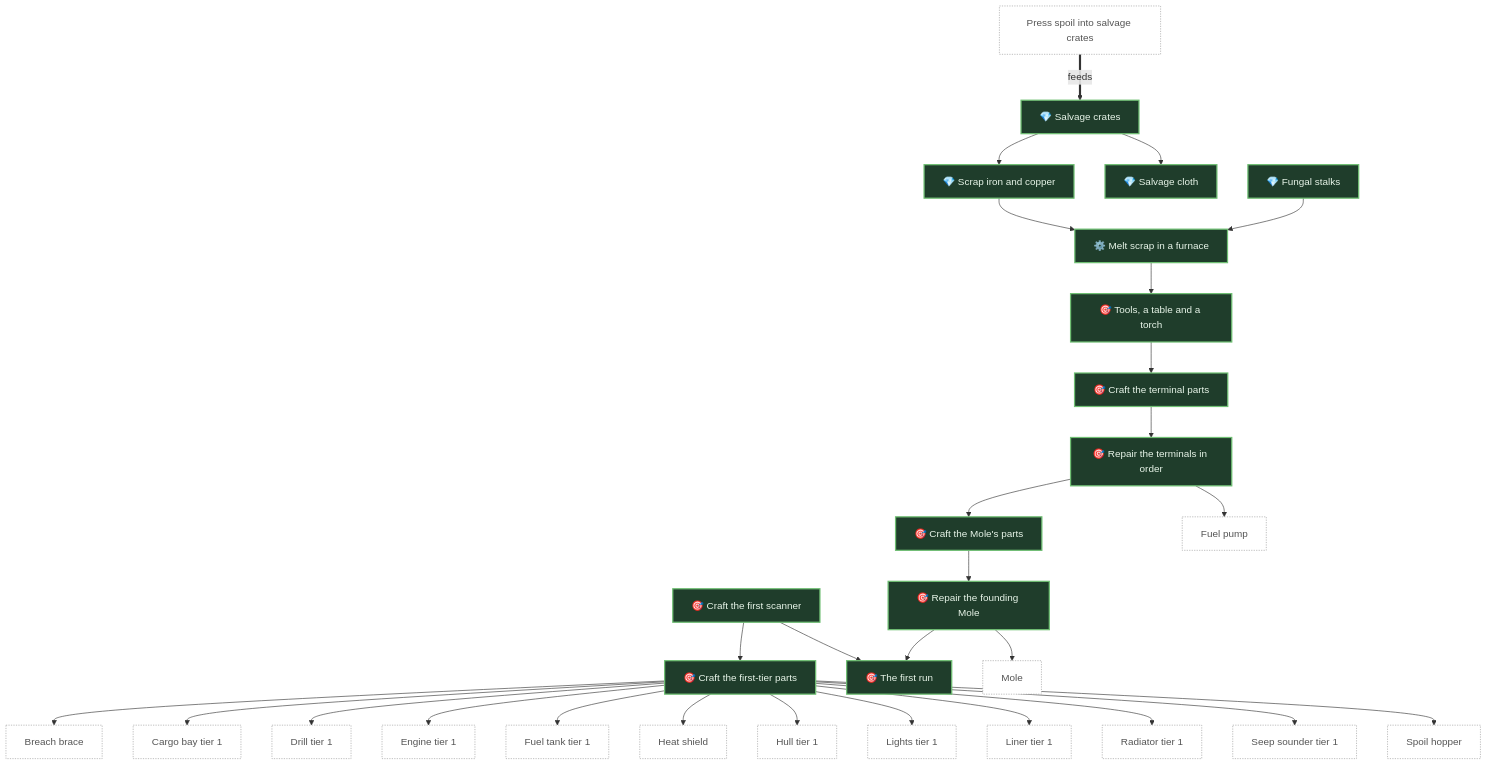
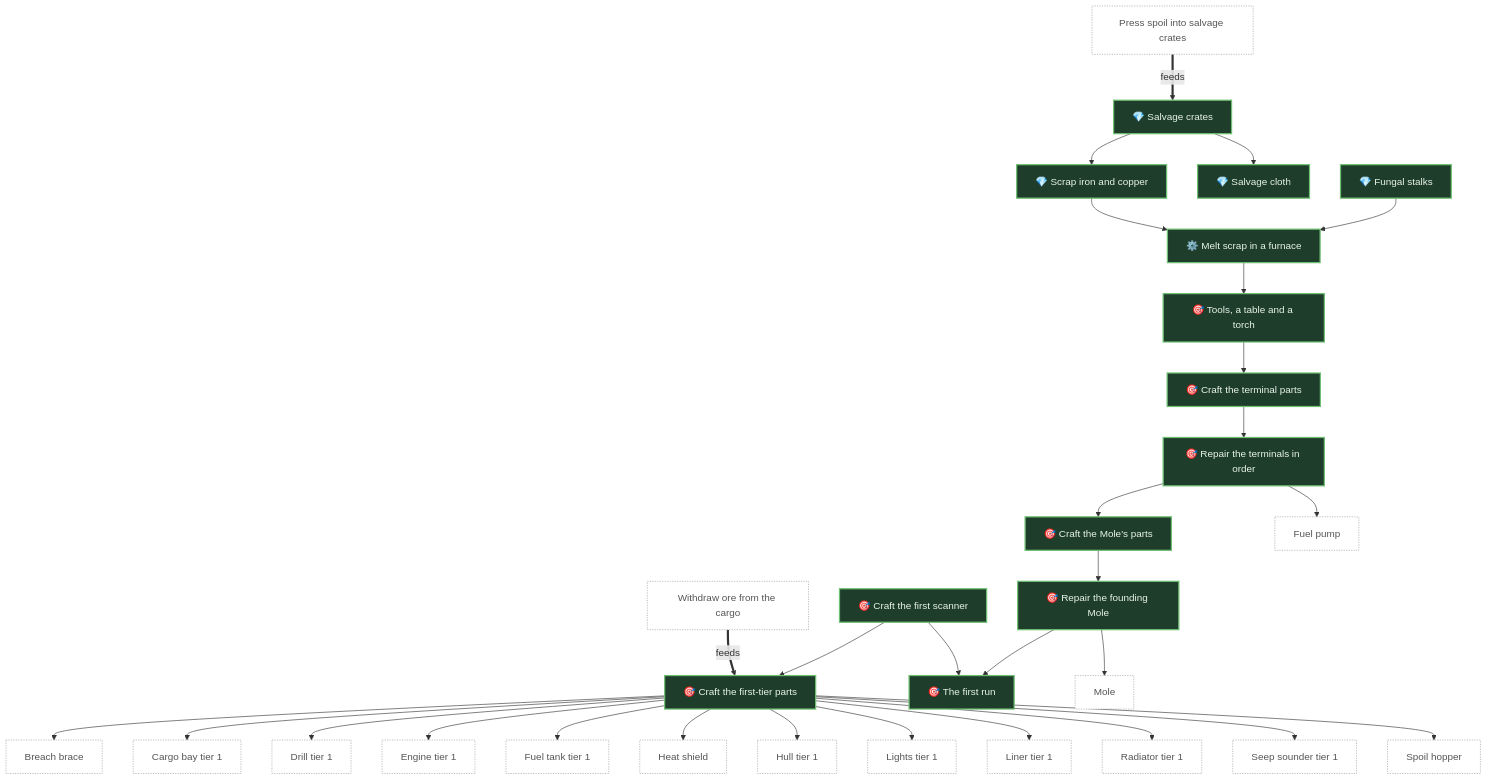
Before and after one commit to pkeppeler/deepcharter: diagram 22 of 30 in docs/FEATURE-MAP.md, drawn with Mermaid. The commit also changed other lines of this file and 21 other files, not shown here.

First line of the commit message:
Hazard units take ore withdrawn from the pod's cargo at the processor (#536)

````diff
--- a/docs/FEATURE-MAP.md
+++ b/docs/FEATURE-MAP.md
@@ -1163,65 +1163,67 @@
 ```mermaid
 flowchart TB
   n_fungal_stalks["💎 Fungal stalks"]
   n_salvage_crate["💎 Salvage crates"]
   n_salvage_cloth["💎 Salvage cloth"]
   n_scrap_metal["💎 Scrap iron and copper"]
   n_furnace_scrap["⚙️ Melt scrap in a furnace"]
   n_craft_tools["🎯 Tools, a table and a torch"]
   n_craft_terminal_parts["🎯 Craft the terminal parts"]
   n_repair_terminals["🎯 Repair the terminals in order"]
   n_craft_mole_parts["🎯 Craft the Mole's parts"]
   n_scanner_from_crafting["🎯 Craft the first scanner"]
   n_parts_from_crafting["🎯 Craft the first-tier parts"]
   n_repair_mole["🎯 Repair the founding Mole"]
   n_first_run["🎯 The first run"]
   n_brace_t1["Breach brace"]
   n_cargo_bay_t1["Cargo bay tier 1"]
   n_crate_press["Press spoil into salvage crates"]
   n_drill_t1["Drill tier 1"]
   n_engine_t1["Engine tier 1"]
   n_fuel_pump["Fuel pump"]
   n_fuel_tank_t1["Fuel tank tier 1"]
   n_heat_shield["Heat shield"]
   n_hull_t1["Hull tier 1"]
   n_lights_t1["Lights tier 1"]
   n_liner_t1["Liner tier 1"]
   n_mole["Mole"]
   n_radiator_t1["Radiator tier 1"]
   n_sounder_t1["Seep sounder tier 1"]
   n_spoil_hopper["Spoil hopper"]
+  n_withdraw_ore["Withdraw ore from the cargo"]
   n_craft_mole_parts --> n_repair_mole
   n_craft_terminal_parts --> n_repair_terminals
   n_craft_tools --> n_craft_terminal_parts
   n_crate_press == feeds ==> n_salvage_crate
   n_fungal_stalks --> n_furnace_scrap
   n_furnace_scrap --> n_craft_tools
   n_parts_from_crafting --> n_brace_t1
   n_parts_from_crafting --> n_cargo_bay_t1
   n_parts_from_crafting --> n_drill_t1
   n_parts_from_crafting --> n_engine_t1
   n_parts_from_crafting --> n_fuel_tank_t1
   n_parts_from_crafting --> n_heat_shield
   n_parts_from_crafting --> n_hull_t1
   n_parts_from_crafting --> n_lights_t1
   n_parts_from_crafting --> n_liner_t1
   n_parts_from_crafting --> n_radiator_t1
   n_parts_from_crafting --> n_sounder_t1
   n_parts_from_crafting --> n_spoil_hopper
   n_repair_mole --> n_first_run
   n_repair_mole --> n_mole
   n_repair_terminals --> n_craft_mole_parts
   n_repair_terminals --> n_fuel_pump
   n_salvage_crate --> n_salvage_cloth
   n_salvage_crate --> n_scrap_metal
   n_scanner_from_crafting --> n_first_run
   n_scanner_from_crafting --> n_parts_from_crafting
   n_scrap_metal --> n_furnace_scrap
+  n_withdraw_ore == feeds ==> n_parts_from_crafting
   classDef built fill:#1f3d2b,stroke:#6fbf73,stroke-width:2px,color:#e8f5e9
   classDef progress fill:#4a3a10,stroke:#f0b429,stroke-width:2px,color:#fff3d6
   classDef planned fill:#2e2e2e,stroke:#9e9e9e,stroke-width:1px,color:#d6d6d6
   classDef idea fill:#1a1a1a,stroke:#757575,stroke-width:1px,stroke-dasharray:4 3,color:#a0a0a0
   classDef ext fill:#ffffff,stroke:#999999,stroke-width:1px,stroke-dasharray:2 2,color:#555555
   class n_fungal_stalks,n_salvage_crate,n_salvage_cloth,n_scrap_metal,n_furnace_scrap,n_craft_tools,n_craft_terminal_parts,n_repair_terminals,n_craft_mole_parts,n_scanner_from_crafting,n_parts_from_crafting,n_repair_mole,n_first_run built
-  class n_brace_t1,n_cargo_bay_t1,n_crate_press,n_drill_t1,n_engine_t1,n_fuel_pump,n_fuel_tank_t1,n_heat_shield,n_hull_t1,n_lights_t1,n_liner_t1,n_mole,n_radiator_t1,n_sounder_t1,n_spoil_hopper ext
+  class n_brace_t1,n_cargo_bay_t1,n_crate_press,n_drill_t1,n_engine_t1,n_fuel_pump,n_fuel_tank_t1,n_heat_shield,n_hull_t1,n_lights_t1,n_liner_t1,n_mole,n_radiator_t1,n_sounder_t1,n_spoil_hopper,n_withdraw_ore ext
 ```
````
